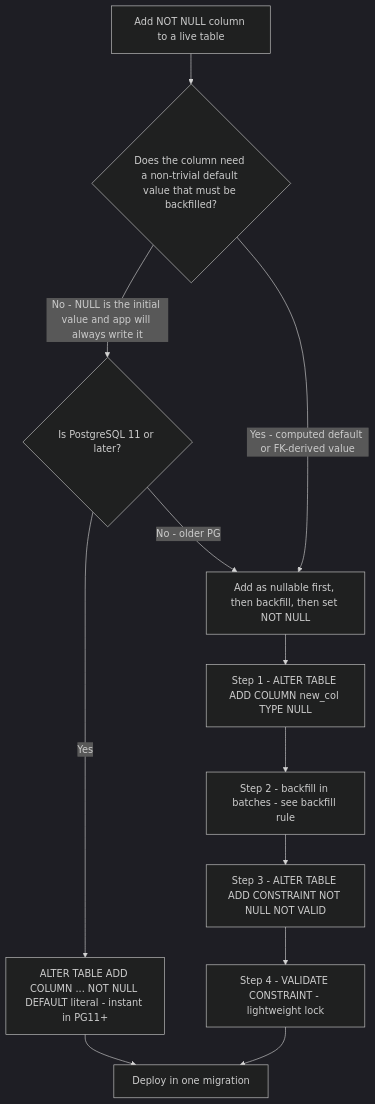
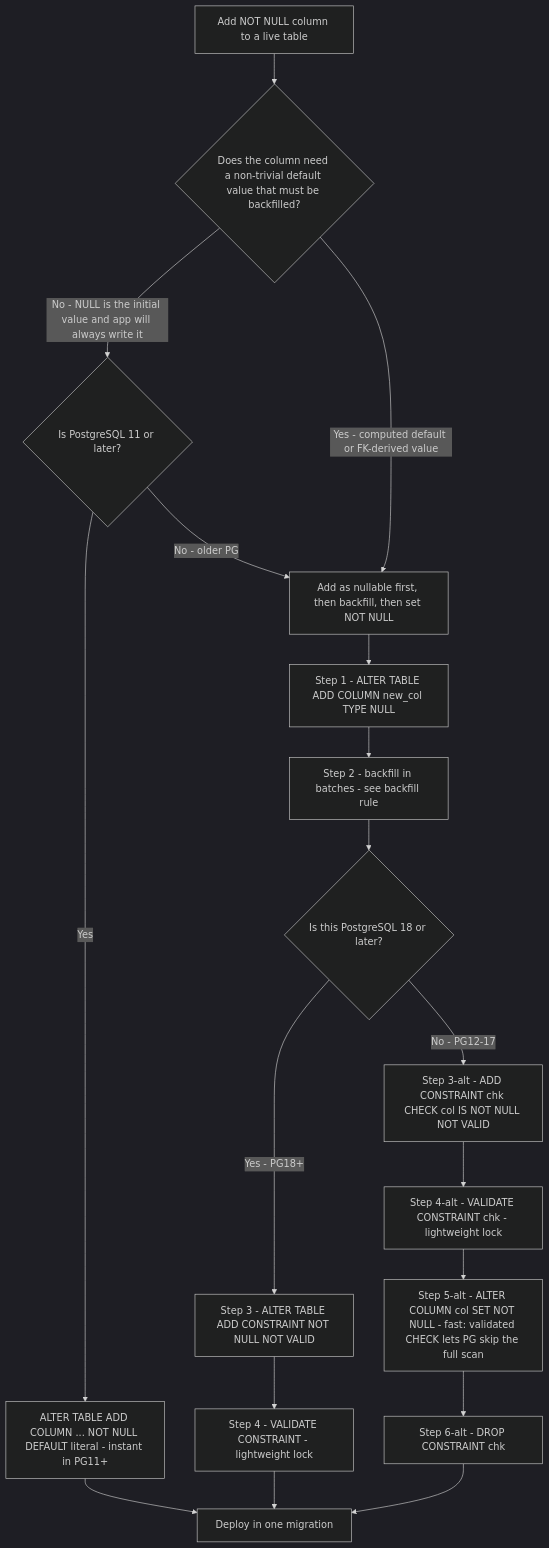
Before and after one commit to mcorbett51090/RavenClaude: the eighth of 8 diagrams in plugins/database-engineering/knowledge/database-engineering-decision-trees.md, drawn with Mermaid (dark theme). The commit also changed other lines of this file and 13 other files, not shown here.

First line of the commit message:
fix(data-and-bi): dbt v2 GA, Redshift incremental strategy, Snowflake Adaptive Compute, PG18 NOT NULL, Data 360 rename (#1248)

````diff
--- a/plugins/database-engineering/knowledge/database-engineering-decision-trees.md
+++ b/plugins/database-engineering/knowledge/database-engineering-decision-trees.md
@@ -192,14 +194,20 @@
 ```mermaid
 flowchart TD
     START[Add NOT NULL column to a live table] --> Q1{Does the column need a non-trivial default value that must be backfilled?}
     Q1 -->|No - NULL is the initial value and app will always write it| Q2{Is PostgreSQL 11 or later?}
     Q2 -->|Yes| IMMDEFAULT[ALTER TABLE ADD COLUMN ... NOT NULL DEFAULT literal - instant in PG11+]
     Q2 -->|No - older PG| EXPAND[Add as nullable first, then backfill, then set NOT NULL]
     Q1 -->|Yes - computed default or FK-derived value| EXPAND
     EXPAND --> STEP1[Step 1 - ALTER TABLE ADD COLUMN new_col TYPE NULL]
     STEP1 --> STEP2[Step 2 - backfill in batches - see backfill rule]
-    STEP2 --> STEP3[Step 3 - ALTER TABLE ADD CONSTRAINT NOT NULL NOT VALID]
+    STEP2 --> Q3{Is this PostgreSQL 18 or later?}
+    Q3 -->|Yes - PG18+| STEP3[Step 3 - ALTER TABLE ADD CONSTRAINT NOT NULL NOT VALID]
     STEP3 --> STEP4[Step 4 - VALIDATE CONSTRAINT - lightweight lock]
-    IMMDEFAULT --> DONE[Deploy in one migration]
+    Q3 -->|No - PG12-17| STEP3ALT[Step 3-alt - ADD CONSTRAINT chk CHECK col IS NOT NULL NOT VALID]
+    STEP3ALT --> STEP4ALT[Step 4-alt - VALIDATE CONSTRAINT chk - lightweight lock]
+    STEP4ALT --> STEP5ALT[Step 5-alt - ALTER COLUMN col SET NOT NULL - fast: validated CHECK lets PG skip the full scan]
+    STEP5ALT --> STEP6ALT[Step 6-alt - DROP CONSTRAINT chk]
+    STEP6ALT --> DONE[Deploy in one migration]
+    IMMDEFAULT --> DONE
     STEP4 --> DONE
 ```
````
